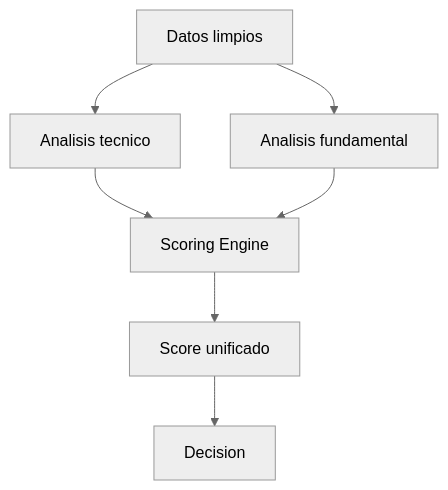
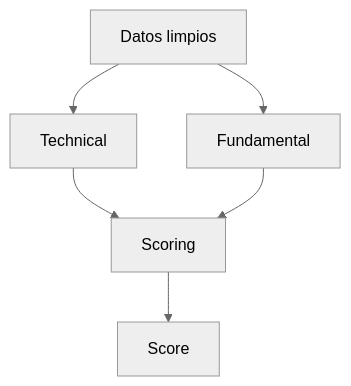
One commit to Romequinco/Sistema-De-Analisis-Financiero changed the diagram in src/analisis/analisis.md. Above: the diagram before and after it, drawn with Mermaid (neutral theme). The commit also changed other lines of this file and 16 other files, not shown here.

````diff
--- a/src/analisis/analisis.md
+++ b/src/analisis/analisis.md
@@ -65,9 +19,8 @@
 ```mermaid
 flowchart TD
-    A[Datos limpios] --> B[Analisis tecnico]
-    A --> C[Analisis fundamental]
-    B --> D[Scoring Engine]
+    A[Datos limpios] --> B[Technical]
+    A --> C[Fundamental]
+    B --> D[Scoring]
     C --> D
-    D --> E[Score unificado]
-    E --> F[Decision]
+    D --> E[Score]
 ```
````
